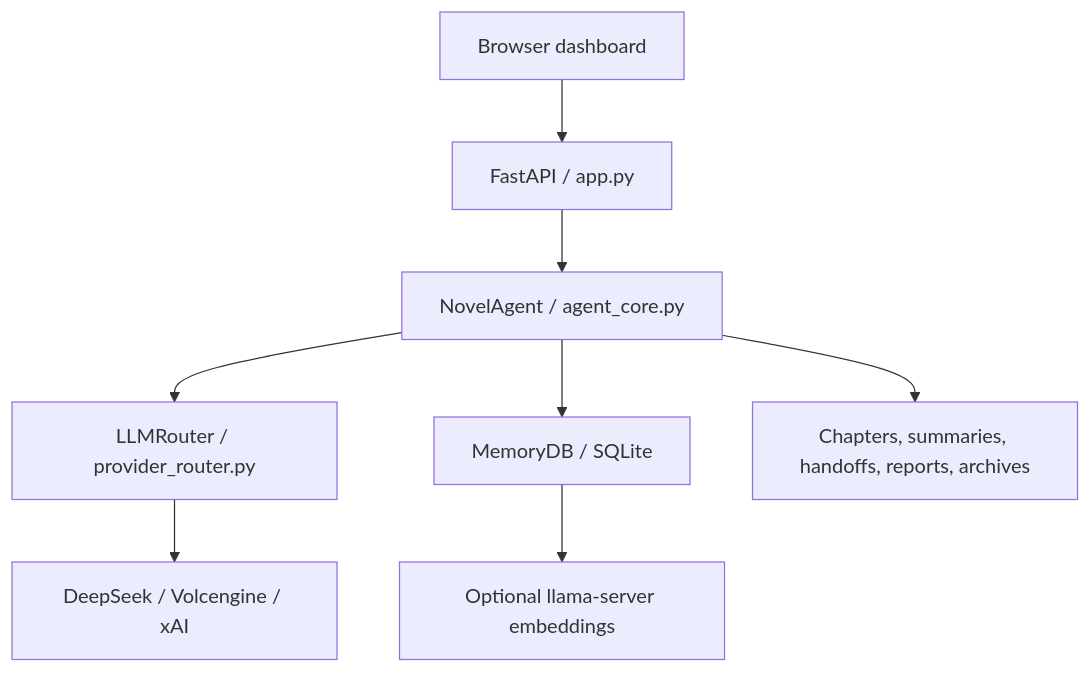
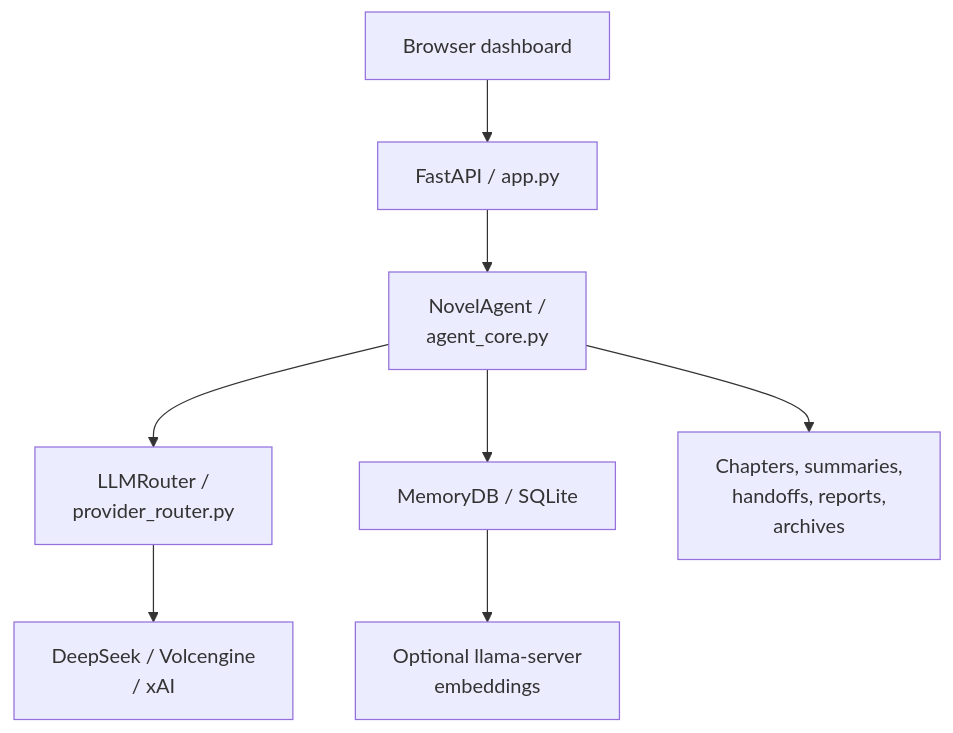
Before and after one commit to shjkea/NovelAgent: the first of 2 diagrams in docs/ARCHITECTURE_EN.md, drawn with Mermaid. The commit also changed other lines of this file and 1 other file, not shown here.

Commit message:
Fix Mermaid labels in architecture docs

````diff
--- a/docs/ARCHITECTURE_EN.md
+++ b/docs/ARCHITECTURE_EN.md
@@ -7,10 +7,10 @@
 ```mermaid
 flowchart TD
     UI["Browser dashboard"] --> API["FastAPI / app.py"]
-    API --> Core["NovelAgent / agent_core.py"]
-    Core --> Router["LLMRouter / provider_router.py"]
-    Router --> Providers["DeepSeek / Volcengine / xAI"]
+    API --> Core["NovelAgent /<br/>agent_core.py"]
+    Core --> Router["LLMRouter /<br/>provider_router.py"]
+    Router --> Providers["DeepSeek / Volcengine<br/>/ xAI"]
     Core --> Memory["MemoryDB / SQLite"]
-    Memory --> Embed["Optional llama-server embeddings"]
-    Core --> Files["Chapters, summaries, handoffs, reports, archives"]
+    Memory --> Embed["Optional llama-server<br/>embeddings"]
+    Core --> Files["Chapters, summaries,<br/>handoffs, reports,<br/>archives"]
 ```
````
